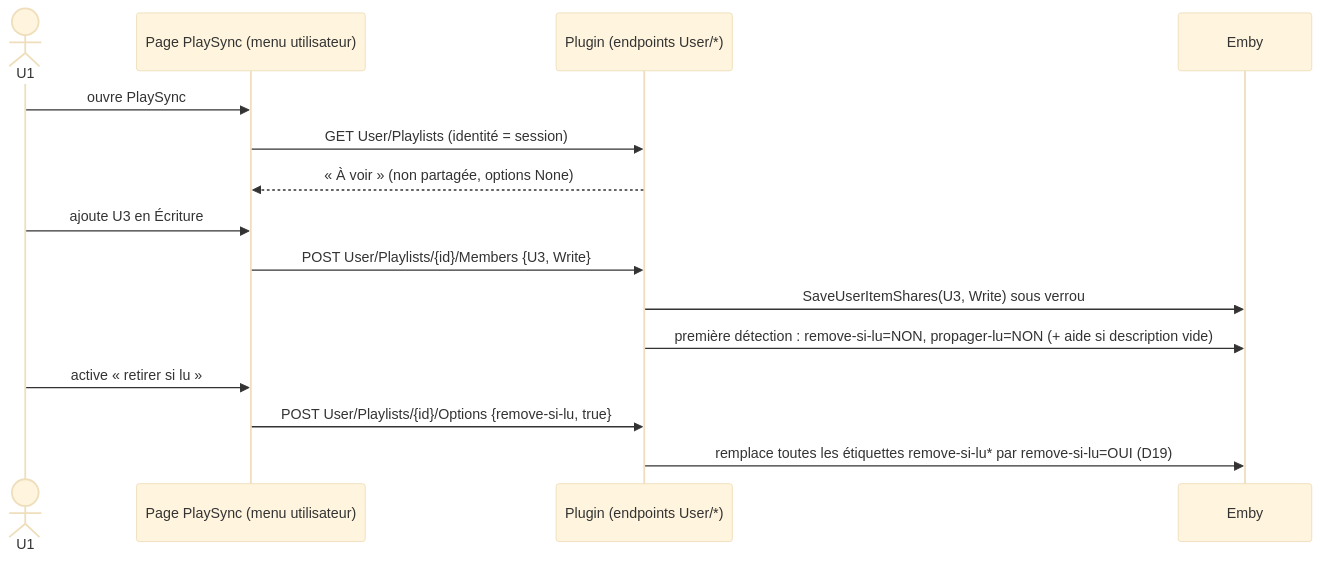
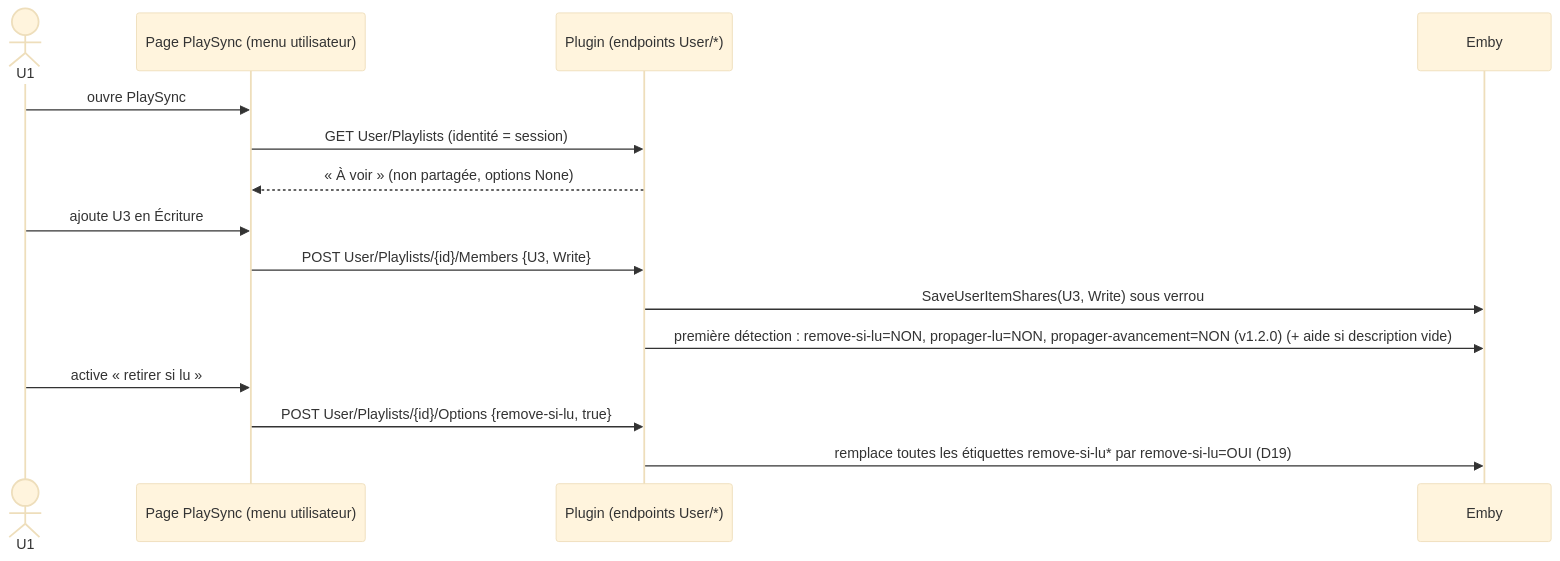
The sixth of 7 diagrams in docs/chronogrammes.md (CCoupel/Emby_PlaySync), drawn with Mermaid (base theme) before and after one commit. The commit also changed other lines of this file and 5 other files, not shown here.

````diff
--- a/docs/chronogrammes.md
+++ b/docs/chronogrammes.md
@@ -455,17 +531,17 @@
 ```mermaid
 sequenceDiagram
     actor U1
     participant W as Page PlaySync (menu utilisateur)
     participant P as Plugin (endpoints User/*)
     participant E as Emby
     U1->>W: ouvre PlaySync
     W->>P: GET User/Playlists (identité = session)
     P-->>W: « À voir » (non partagée, options None)
     U1->>W: ajoute U3 en Écriture
     W->>P: POST User/Playlists/{id}/Members {U3, Write}
     P->>E: SaveUserItemShares(U3, Write) sous verrou
-    P->>E: première détection : remove-si-lu=NON, propager-lu=NON (+ aide si description vide)
+    P->>E: première détection : remove-si-lu=NON, propager-lu=NON, propager-avancement=NON (v1.2.0) (+ aide si description vide)
     U1->>W: active « retirer si lu »
     W->>P: POST User/Playlists/{id}/Options {remove-si-lu, true}
     P->>E: remplace toutes les étiquettes remove-si-lu* par remove-si-lu=OUI (D19)
 ```
````
